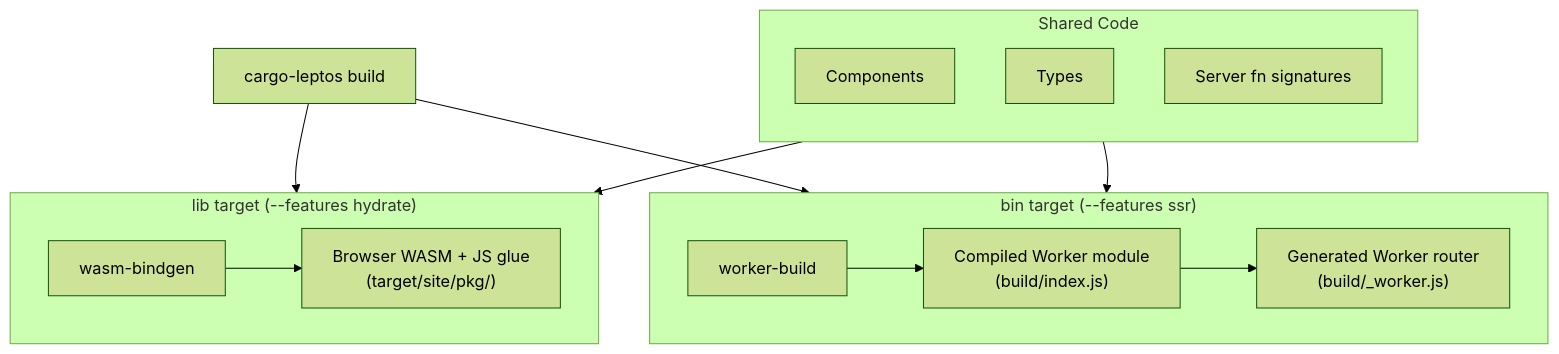
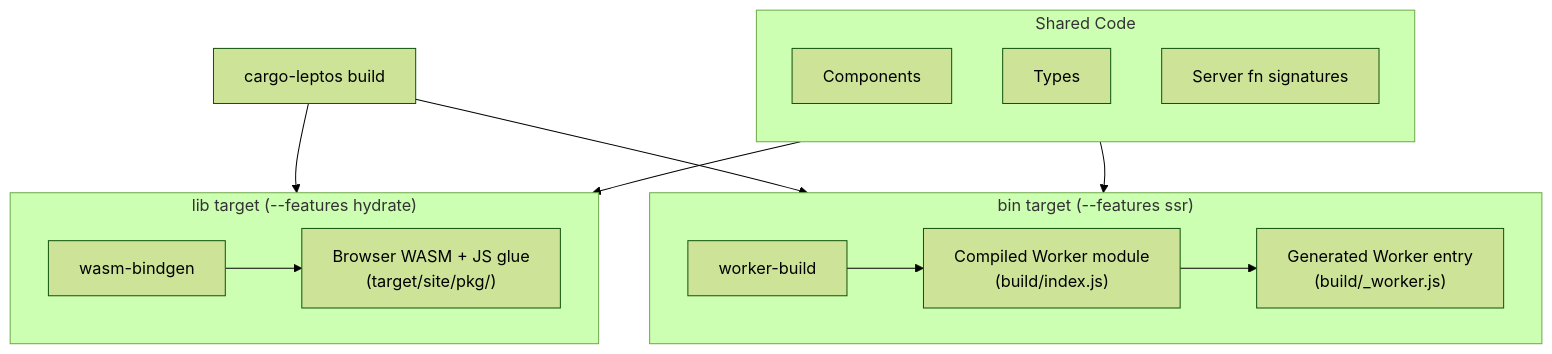
One commit to rogu3bear/leptos-cloudflare changed the diagram in docs/diagrams/compilation-model.mmd. Above: the diagram before and after it, drawn with Mermaid (forest theme). The commit also changed 44 other files, not shown here.

```diff
--- a/docs/diagrams/compilation-model.mmd
+++ b/docs/diagrams/compilation-model.mmd
@@ -1,29 +1,29 @@
 flowchart TB
     cargo["cargo-leptos build"]
 
     subgraph shared["Shared Code"]
         direction TB
         comp["Components"]
         types["Types"]
         sigs["Server fn signatures"]
     end
 
     subgraph lib_branch["lib target (--features hydrate)"]
         wb["wasm-bindgen"]
         wasm_out["Browser WASM + JS glue\n(target/site/pkg/)"]
     end
 
     subgraph bin_branch["bin target (--features ssr)"]
         worker_build["worker-build"]
         worker_out["Compiled Worker module\n(build/index.js)"]
-        shim["Generated Worker router\n(build/_worker.js)"]
+        shim["Generated Worker entry\n(build/_worker.js)"]
     end
 
     cargo --> lib_branch
     cargo --> bin_branch
     wb --> wasm_out
     worker_build --> worker_out
     worker_out --> shim
 
     shared --> lib_branch
     shared --> bin_branch
```
